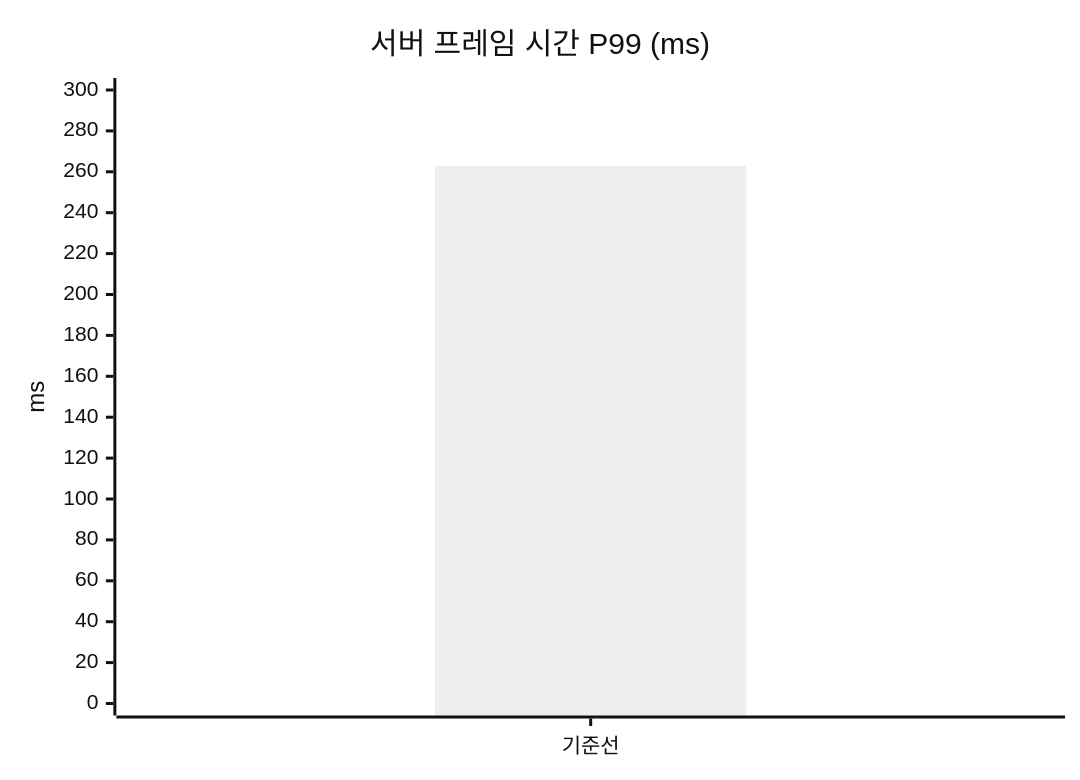
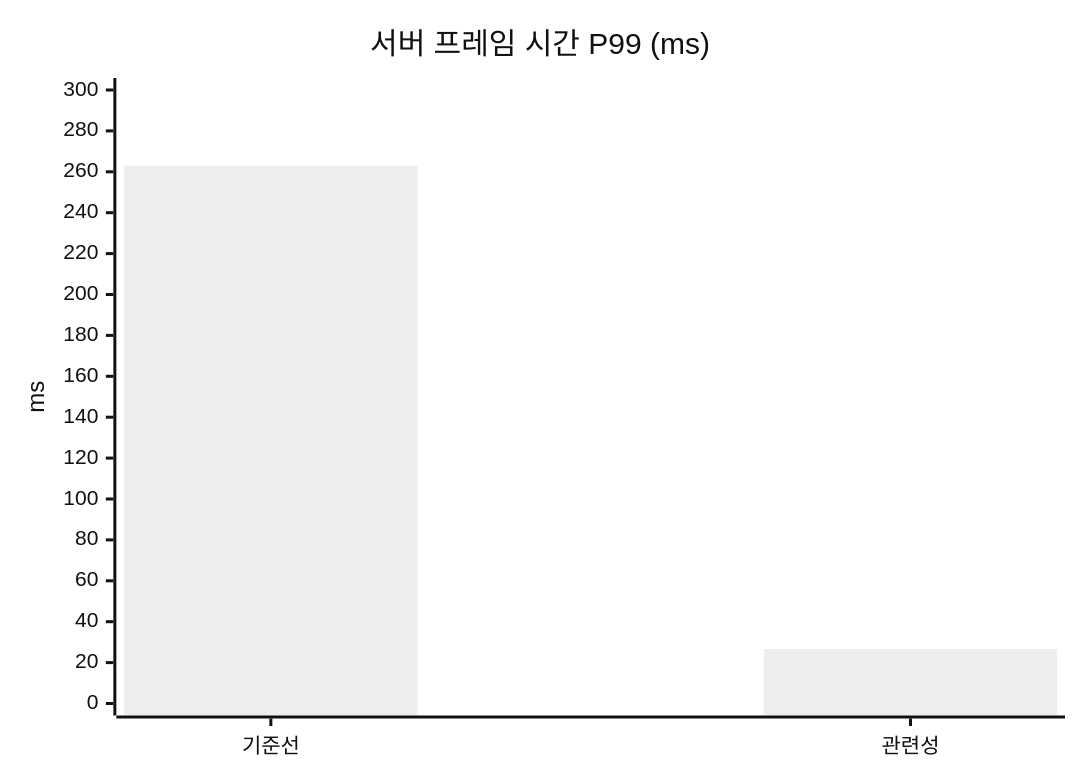
Before and after one commit to hon454/ue-dedicated-server-optimization-lab: the third of 5 diagrams in README.md, drawn with Mermaid (neutral theme). The commit also changed other lines of this file and 9 other files, not shown here.

````diff
--- a/README.md
+++ b/README.md
@@ -102,7 +103,7 @@
 ```mermaid
 xychart-beta
     title "서버 프레임 시간 P99 (ms)"
-    x-axis ["기준선"]
+    x-axis ["기준선", "관련성"]
     y-axis "ms" 0 --> 300
-    bar [262.96]
+    bar [262.96, 26.64]
 ```
````
